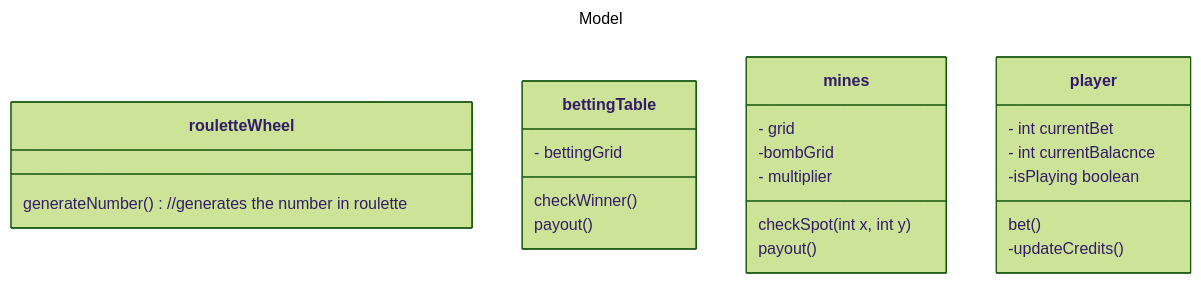
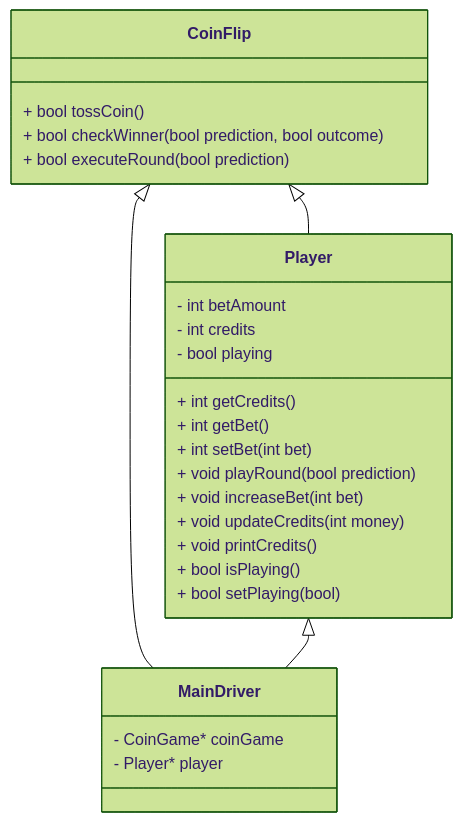
The third of 3 diagrams in DesignDocs.md (tnhi26990/casino_games), drawn with Mermaid (forest theme) before and after one commit. The commit also changed other lines of this file, not shown here.

Commit message:
made 3 diagrams

````diff
--- a/DesignDocs.md
+++ b/DesignDocs.md
@@ -36,30 +124,32 @@
 ```mermaid
----
-title: Model
----
 classDiagram
-    class rouletteWheel{
-        generateNumber() //generates the number in roulette
-    }
-    class bettingTable{
-        - bettingGrid
-        checkWinner()
-        payout()
+    CoinFlip <|-- MainDriver 
+    Player <|-- MainDriver
+    CoinFlip <|-- Player
+
+    class CoinFlip {
+        + bool tossCoin()
+        + bool checkWinner(bool prediction, bool outcome)
+        + bool executeRound(bool prediction)      
     }
 
-    class mines{
-        - grid
-        -bombGrid
-        - multiplier
-        checkSpot(int x, int y)
-        payout()
+    class Player {
+        - int betAmount
+        - int credits
+        - bool playing
+        + int getCredits()
+        + int getBet()
+        + int setBet(int bet)
+        + void playRound(bool prediction)
+        + void increaseBet(int bet)
+        + void updateCredits(int money)
+        + void printCredits()
+        + bool isPlaying()
+        + bool setPlaying(bool)
     }
 
-    class player{
-        - int currentBet
-        - int currentBalacnce
-        -isPlaying boolean
-        bet()
-        -updateCredits()
+    class MainDriver {
+        - CoinGame* coinGame
+        - Player* player   
     }
 ```
````
